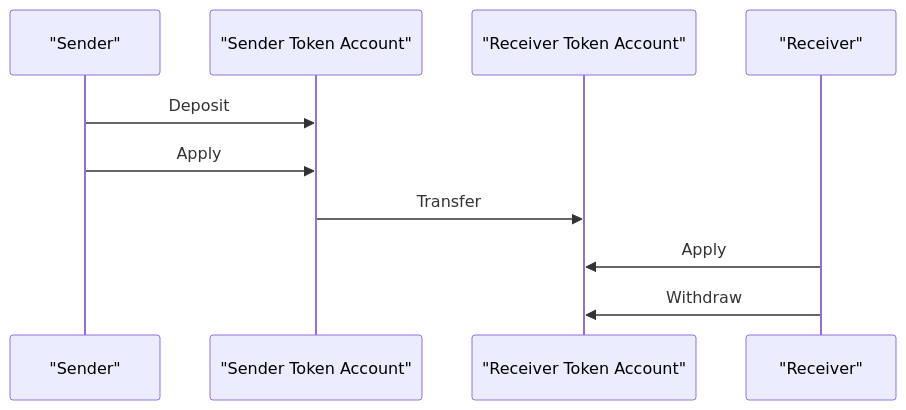
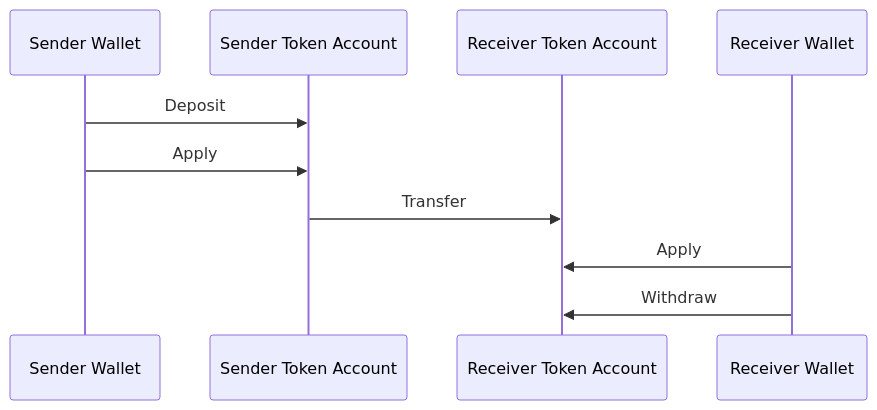
Before and after one commit to solana-foundation/solana-com: the first of 2 diagrams in content/docs/tokens/extensions/confidential-transfer/index.mdx, drawn with Mermaid. The commit also changed other lines of this file and 7 other files, not shown here.

Commit message:
mermaid diagram first draft

````diff
--- a/content/docs/tokens/extensions/confidential-transfer/index.mdx
+++ b/content/docs/tokens/extensions/confidential-transfer/index.mdx
@@ -20,16 +20,17 @@
 ```mermaid title="Confidential Transfer Overview"
-sequenceDiagram
+    sequenceDiagram
 
-participant A as "Sender"
-participant AA as "Sender Token Account"
-participant BB as "Receiver Token Account"
-participant B as "Receiver"
+    participant A as Sender Wallet
+    participant AA as Sender Token Account
+    participant BB as Receiver Token Account
+    participant B as Receiver Wallet
 
-A->>AA: Deposit
-A->>AA: Apply
+    A->>AA: Deposit
+    A->>AA: Apply
 
-AA->>BB: Transfer
-B->>BB: Apply
+    AA->>BB: Transfer
+    B->>BB: Apply
 
-B->>BB: Withdraw
+    B->>BB: Withdraw
+
 ```
````
